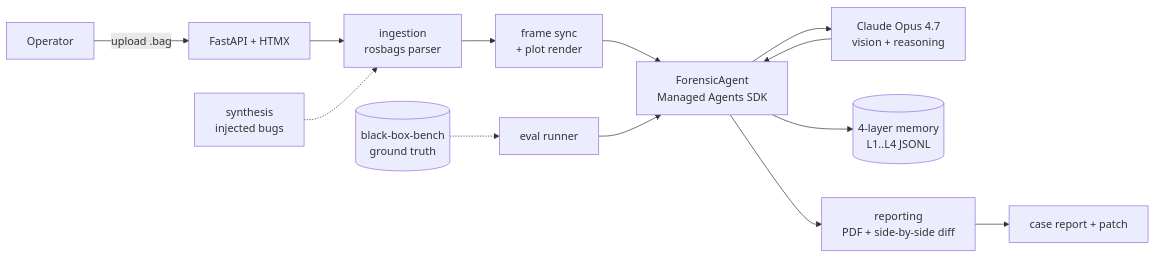
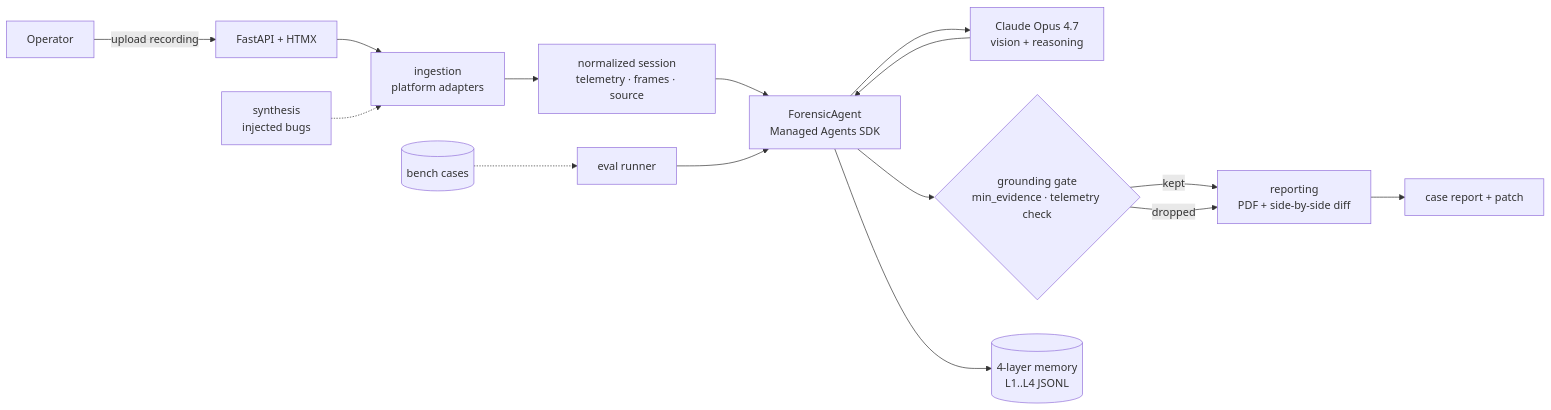
The first of 7 diagrams in README.md (LucasErcolano/BlackBox), drawn with Mermaid before and after one commit. The commit also changed other lines of this file, not shown here.

````diff
--- a/README.md
+++ b/README.md
@@ -37,15 +37,17 @@
 ```mermaid
 flowchart LR
-    U[Operator] -->|upload .bag| UI[FastAPI + HTMX]
-    UI --> ING[ingestion<br/>rosbags parser]
-    ING --> SYNC[frame sync<br/>+ plot render]
-    SYNC --> MA[ForensicAgent<br/>Managed Agents SDK]
+    U[Operator] -->|upload recording| UI[FastAPI + HTMX]
+    UI --> ING[ingestion<br/>platform adapters]
+    ING --> NORM[normalized session<br/>telemetry · frames · source]
+    NORM --> MA[ForensicAgent<br/>Managed Agents SDK]
     MA --> CL[Claude Opus 4.7<br/>vision + reasoning]
     CL --> MA
+    MA --> GG{grounding gate<br/>min_evidence · telemetry check}
+    GG -->|kept| REP[reporting<br/>PDF + side-by-side diff]
+    GG -->|dropped| REP
     MA --> MEM[(4-layer memory<br/>L1..L4 JSONL)]
-    MA --> REP[reporting<br/>PDF + side-by-side diff]
     REP --> OUT[case report + patch]
     SYN[synthesis<br/>injected bugs] -.-> ING
-    BENCH[(black-box-bench<br/>ground truth)] -.-> EVAL[eval runner]
+    BENCH[(bench cases)] -.-> EVAL[eval runner]
     EVAL --> MA
 ```
````
